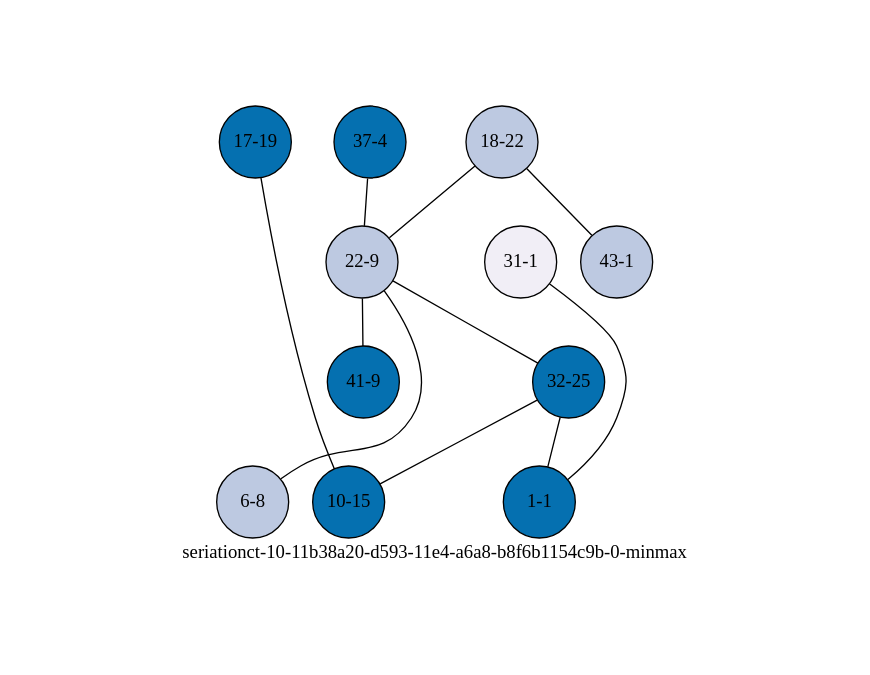
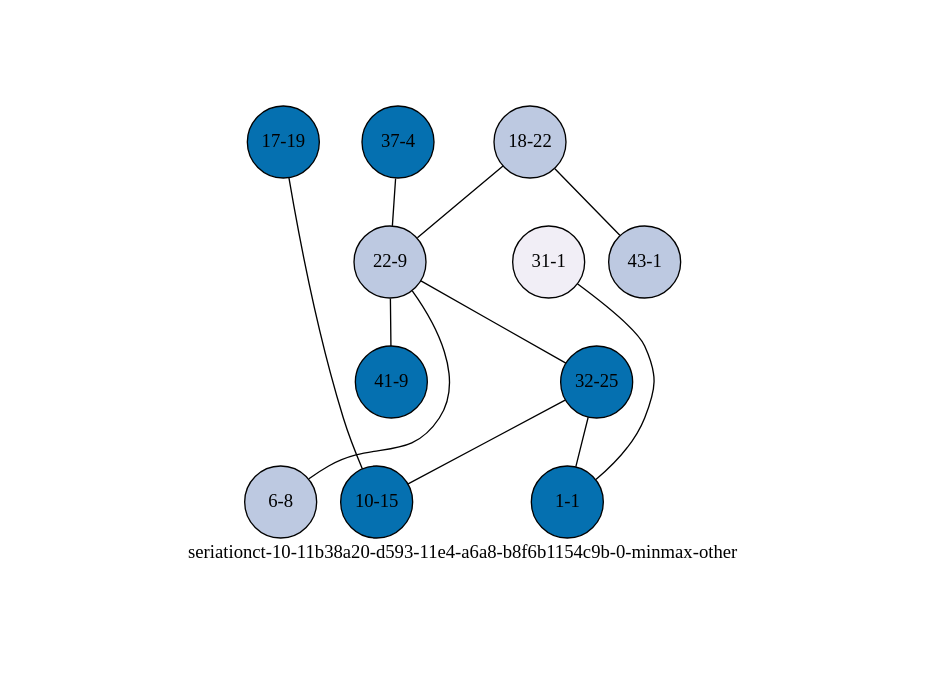
The diagram in experiments/seriationct-10/seriation-results/11b38a20-d593-11e4-a6a8-b8f6b1154c9b-0-sampled-0.05/11b38a20-d593-11e4-a6a8-b8f6b1154c9b-0-sampled-0.05-minmax-by-weight.png-annotated-chronological.dot (mmadsen/experiment-seriationct), drawn with Graphviz before and after one commit. The commit also changed 11 other files, not shown here.

```diff
--- a/experiments/seriationct-10/seriation-results/11b38a20-d593-11e4-a6a8-b8f6b1154c9b-0-sampled-0.05/11b38a20-d593-11e4-a6a8-b8f6b1154c9b-0-sampled-0.05-minmax-by-weight.png-annotated-chronological.dot
+++ b/experiments/seriationct-10/seriation-results/11b38a20-d593-11e4-a6a8-b8f6b1154c9b-0-sampled-0.05/11b38a20-d593-11e4-a6a8-b8f6b1154c9b-0-sampled-0.05-minmax-by-weight.png-annotated-chronological.dot
@@ -1,28 +1,28 @@
-strict graph "seriationct-10-11b38a20-d593-11e4-a6a8-b8f6b1154c9b-0-minmax" {
+strict graph "seriationct-10-11b38a20-d593-11e4-a6a8-b8f6b1154c9b-0-minmax-other" {
 labelloc=b;
 ratio=auto;
 pad="1.0";
-label="seriationct-10-11b38a20-d593-11e4-a6a8-b8f6b1154c9b-0-minmax";
+label="seriationct-10-11b38a20-d593-11e4-a6a8-b8f6b1154c9b-0-minmax-other";
 node [width="0.75", style=filled, fixedsize=true, height="0.75", shape=circle, label=""];
 0 [xCoordinate="4.0", appears_in_slice=1, yCoordinate="37.0", colorscheme=pubu4, short_label="37-4", label="37-4", fillcolor=4, id=8, size="275.397241817"];
 1 [xCoordinate="1.0", appears_in_slice=4, yCoordinate="31.0", colorscheme=pubu4, short_label="31-1", label="31-1", fillcolor=1, id=1, size="592.038753614"];
 2 [xCoordinate="22.0", appears_in_slice=3, yCoordinate="18.0", colorscheme=pubu4, short_label="18-22", label="18-22", fillcolor=2, id=2, size="488.577745821"];
 3 [xCoordinate="19.0", appears_in_slice=1, yCoordinate="17.0", colorscheme=pubu4, short_label="17-19", label="17-19", fillcolor=4, id=3, size="275.397241817"];
 4 [xCoordinate="9.0", appears_in_slice=3, yCoordinate="22.0", colorscheme=pubu4, short_label="22-9", label="22-9", fillcolor=2, id=4, size="1080.61649944"];
 5 [xCoordinate="25.0", appears_in_slice=1, yCoordinate="32.0", colorscheme=pubu4, short_label="32-25", label="32-25", fillcolor=4, id=5, size="392.586546787"];
 6 [xCoordinate="8.0", appears_in_slice=3, yCoordinate="6.0", colorscheme=pubu4, short_label="6-8", label="6-8", fillcolor=2, id=6, size="488.577745821"];
 7 [xCoordinate="15.0", appears_in_slice=1, yCoordinate="10.0", colorscheme=pubu4, short_label="10-15", label="10-15", fillcolor=4, id=7, size="275.397241817"];
 8 [xCoordinate="1.0", appears_in_slice=3, yCoordinate="43.0", colorscheme=pubu4, short_label="43-1", label="43-1", fillcolor=2, id=0, size="1080.61649944"];
 9 [xCoordinate="9.0", appears_in_slice=1, yCoordinate="41.0", colorscheme=pubu4, short_label="41-9", label="41-9", fillcolor=4, id=9, size="275.397241817"];
 10 [xCoordinate="1.0", appears_in_slice=1, yCoordinate="1.0", colorscheme=pubu4, short_label="1-1", label="1-1", fillcolor=4, id=10, size="275.397241817"];
 0 -- 4  [inverseweight="2.05510728239", weight="0.486592602036"];
 1 -- 10  [inverseweight="4.67986676279", weight="0.213681297073"];
 2 -- 8  [inverseweight="9.08197017977", weight="0.110108267282"];
 2 -- 4  [inverseweight="6.69008159918", weight="0.149475007917"];
 3 -- 7  [inverseweight="8.23043568913", weight="0.121500250749"];
 4 -- 9  [inverseweight="2.70985552745", weight="0.369023363006"];
 4 -- 5  [inverseweight="4.09655772497", weight="0.244107386527"];
 4 -- 6  [inverseweight="8.99303054223", weight="0.111197220481"];
 5 -- 10  [inverseweight="4.04758805172", weight="0.247060715473"];
 5 -- 7  [inverseweight="4.57314913452", weight="0.218667699343"];
 }
```
